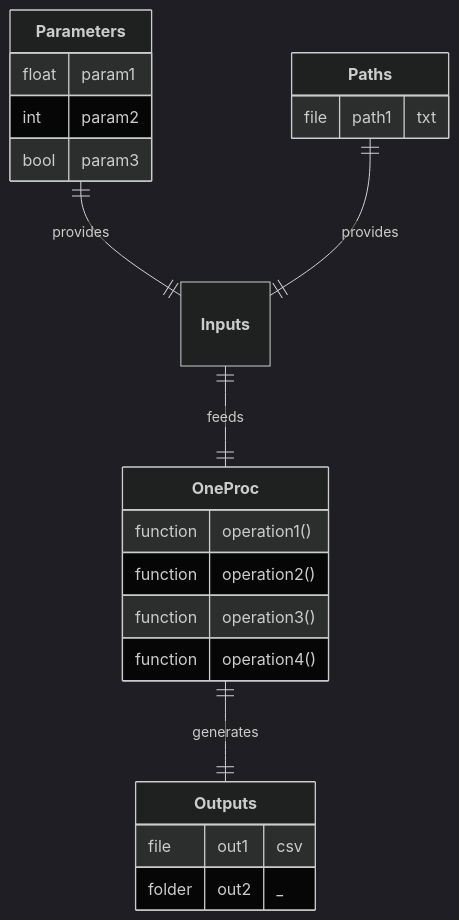
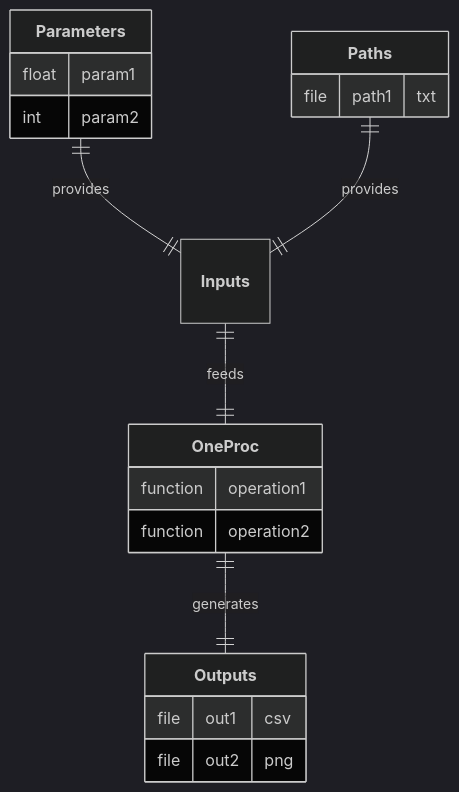
Before and after one commit to nuremics/nuremics: the third of 17 diagrams in README.md, drawn with Mermaid (dark theme). The commit also changed other lines of this file, not shown here.

````diff
--- a/README.md
+++ b/README.md
@@ -129,26 +125,23 @@
 ```mermaid
 erDiagram
   **Parameters** ||--|| **Inputs** : provides
   **Paths** ||--|| **Inputs** : provides
   **Inputs** ||--|| **OneProc** : feeds
   **OneProc** ||--|| **Outputs** : generates
 
   **Parameters** {
     float param1
     int param2
-    bool param3
   }
   **Paths** {
     file path1 "txt"
   }
   **OneProc** {
-    function operation1()
-    function operation2()
-    function operation3()
-    function operation4()
+    function operation1
+    function operation2
   }
   **Outputs** {
     file out1 "csv"
-    folder out2 "_"
+    file out2 "png"
   }
 ```
````
